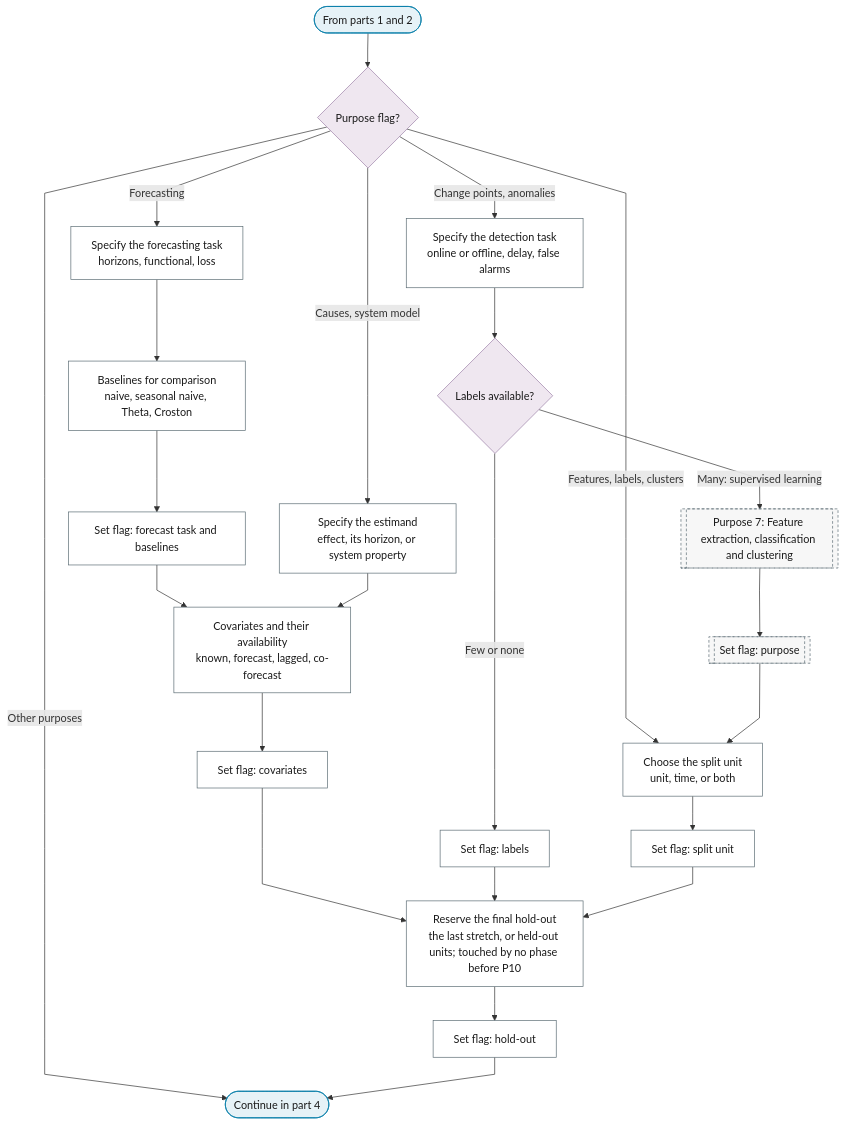
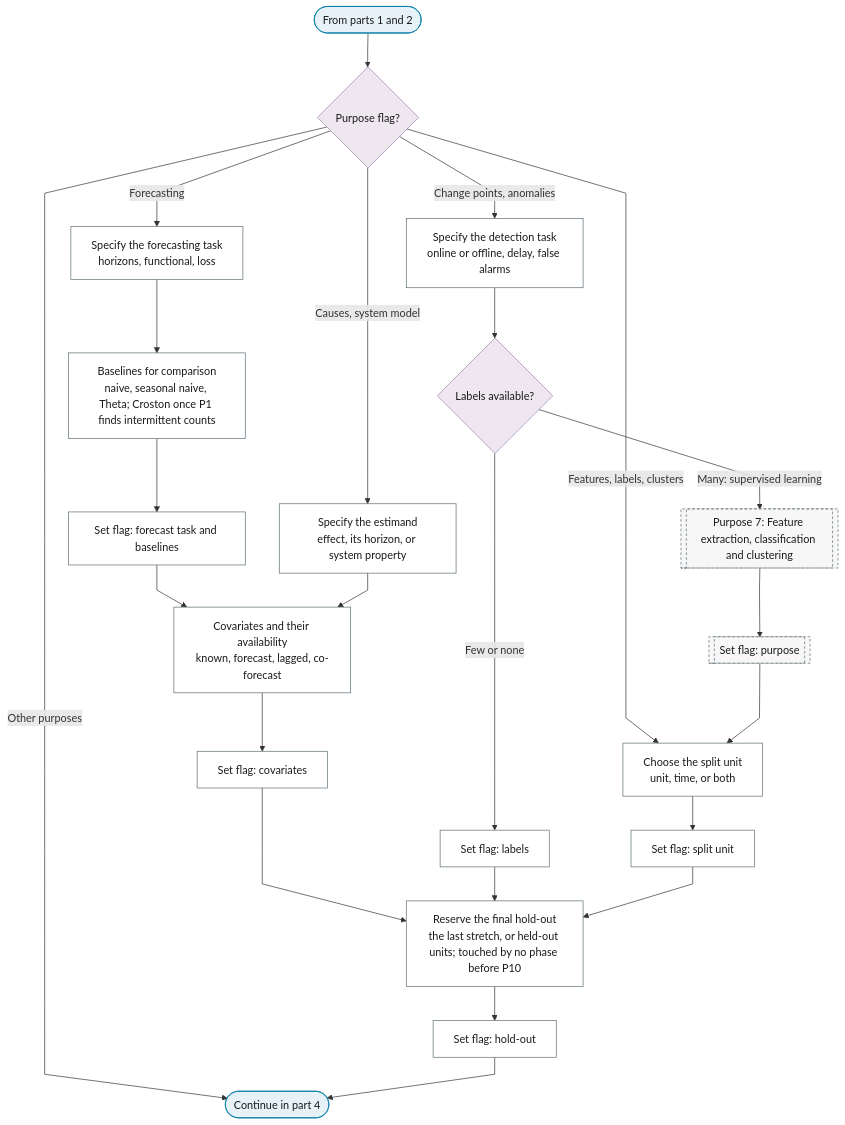
Before and after one commit to Shuxin-Y/time-series-analysis-manual: the third of 4 diagrams in docs/01-workflow/p00-purpose/index.md, drawn with Mermaid. The commit also changed 20 other files, not shown here.

First line of the commit message:
fix(charts): one placement per purpose leaf; branch table; exits and labels

````diff
--- a/docs/01-workflow/p00-purpose/index.md
+++ b/docs/01-workflow/p00-purpose/index.md
@@ -77,36 +77,36 @@
 ```mermaid
 %%{init: {"flowchart": {"curve": "linear"}}}%%
 graph TD
     P0_PART_3_IN(["From parts 1 and 2"]) --> P0_PLAN{"Purpose flag?"}
     P0_PLAN -->|"Forecasting"| P0_FORECAST_TASK["Specify the forecasting task<br/>horizons, functional, loss"]
     P0_PLAN -->|"Change points, anomalies"| P0_DETECTION_TASK["Specify the detection task<br/>online or offline, delay, false alarms"]
     P0_PLAN -->|"Causes, system model"| P0_ESTIMAND["Specify the estimand<br/>effect, its horizon, or system property"]
     P0_PLAN -->|"Features, labels, clusters"| P0_SPLIT_UNIT["Choose the split unit<br/>unit, time, or both"]
     P0_PLAN -->|"Other purposes"| P0_PART_3_OUT(["Continue in part 4"])
-    P0_FORECAST_TASK --> P0_FC_BASELINES["Baselines for comparison<br/>naive, seasonal naive, Theta, Croston"]
+    P0_FORECAST_TASK --> P0_FC_BASELINES["Baselines for comparison<br/>naive, seasonal naive, Theta; Croston once P1 finds intermittent counts"]
     P0_FC_BASELINES --> P0_FORECAST_FLAG["Set flag: forecast task and baselines"]
     P0_FORECAST_FLAG --> P0_COVARIATES["Covariates and their availability<br/>known, forecast, lagged, co-forecast"]
     P0_ESTIMAND --> P0_COVARIATES
     P0_COVARIATES --> P0_COVARIATE_FLAG["Set flag: covariates"]
     P0_DETECTION_TASK --> P0_LABELS{"Labels available?"}
     P0_LABELS -->|"Many: supervised learning"| P0_FEATURES[["Purpose 7: Feature extraction, classification and clustering"]]
     P0_FEATURES --> P0_PURPOSE_FLAG[["Set flag: purpose"]]
     P0_PURPOSE_FLAG --> P0_SPLIT_UNIT
     P0_LABELS -->|"Few or none"| P0_DETECTION_FLAG["Set flag: labels"]
     P0_SPLIT_UNIT --> P0_SPLIT_FLAG["Set flag: split unit"]
     P0_COVARIATE_FLAG & P0_DETECTION_FLAG & P0_SPLIT_FLAG --> P0_HOLDOUT["Reserve the final hold-out<br/>the last stretch, or held-out units; touched by no phase before P10"]
     P0_HOLDOUT --> P0_HOLDOUT_FLAG["Set flag: hold-out"]
     P0_HOLDOUT_FLAG --> P0_PART_3_OUT
     class P0_PART_3_IN,P0_PART_3_OUT terminator
     class P0_PLAN,P0_LABELS decision
     class P0_FORECAST_TASK,P0_DETECTION_TASK,P0_ESTIMAND,P0_SPLIT_UNIT,P0_FC_BASELINES,P0_COVARIATES,P0_FORECAST_FLAG,P0_COVARIATE_FLAG,P0_DETECTION_FLAG,P0_SPLIT_FLAG,P0_HOLDOUT,P0_HOLDOUT_FLAG process
     class P0_FEATURES,P0_PURPOSE_FLAG ref
     classDef terminator fill:#E6F2F7,stroke:#007BA7,color:#1A1A1A;
     classDef process fill:#FFFFFF,stroke:#5A6B73,color:#1A1A1A;
     classDef decision fill:#EFE7F0,stroke:#9B7FA7,color:#1A1A1A;
     classDef data fill:#FFF4E0,stroke:#C9A55E,color:#1A1A1A;
     classDef good fill:#DCEFD8,stroke:#4A7A3F,color:#1A1A1A;
     classDef escalate fill:#FFE9C2,stroke:#C9A55E,color:#1A1A1A;
     classDef problem fill:#F2D9DE,stroke:#800020,color:#1A1A1A;
     classDef ref fill:#F7F7F7,stroke:#5A6B73,color:#1A1A1A,stroke-dasharray:4 3;
 ```
````
